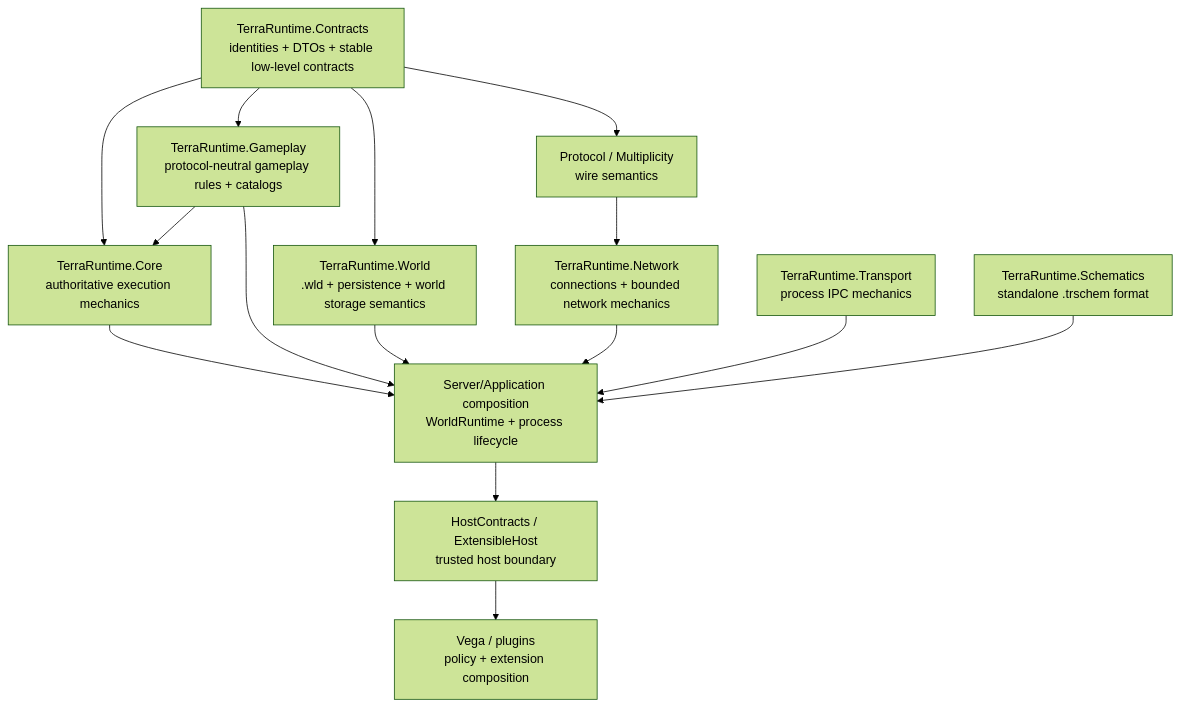
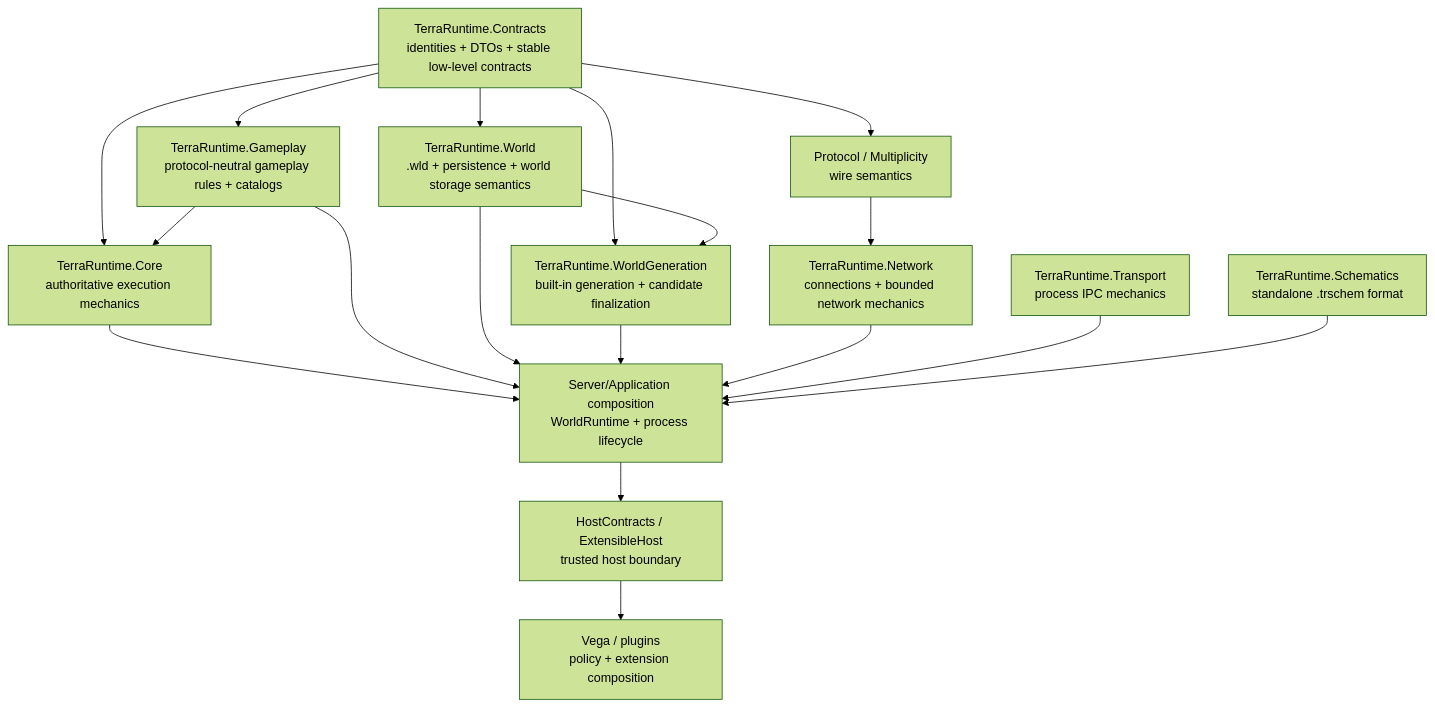
The first of 2 diagrams in docs/roadmap/architecture-code-cleanup.md (VegaKernel/TerraRuntime), drawn with Mermaid (forest theme) before and after one commit. The commit also changed other lines of this file and 178 other files, not shown here.

First line of the commit message:
Split world generation and upgrade Multiplicity 3.0

````diff
--- a/docs/roadmap/architecture-code-cleanup.md
+++ b/docs/roadmap/architecture-code-cleanup.md
@@ -9,29 +9,33 @@
 ```mermaid
 flowchart TD
     Contracts["TerraRuntime.Contracts\nidentities + DTOs + stable low-level contracts"]
     Gameplay["TerraRuntime.Gameplay\nprotocol-neutral gameplay rules + catalogs"]
     Core["TerraRuntime.Core\nauthoritative execution mechanics"]
     World["TerraRuntime.World\n.wld + persistence + world storage semantics"]
+    WorldGeneration["TerraRuntime.WorldGeneration\nbuilt-in generation + candidate finalization"]
     Protocol["Protocol / Multiplicity\nwire semantics"]
     Network["TerraRuntime.Network\nconnections + bounded network mechanics"]
     Transport["TerraRuntime.Transport\nprocess IPC mechanics"]
     Schematics["TerraRuntime.Schematics\nstandalone .trschem format"]
     App["Server/Application composition\nWorldRuntime + process lifecycle"]
     Hosts["HostContracts / ExtensibleHost\ntrusted host boundary"]
     Vega["Vega / plugins\npolicy + extension composition"]
 
     Contracts --> Gameplay
     Contracts --> Core
     Gameplay --> Core
     Contracts --> World
+    Contracts --> WorldGeneration
+    World --> WorldGeneration
     Contracts --> Protocol
     Protocol --> Network
     Core --> App
     Gameplay --> App
     World --> App
+    WorldGeneration --> App
     Network --> App
     Transport --> App
     Schematics --> App
     App --> Hosts
     Hosts --> Vega
 ```
````
